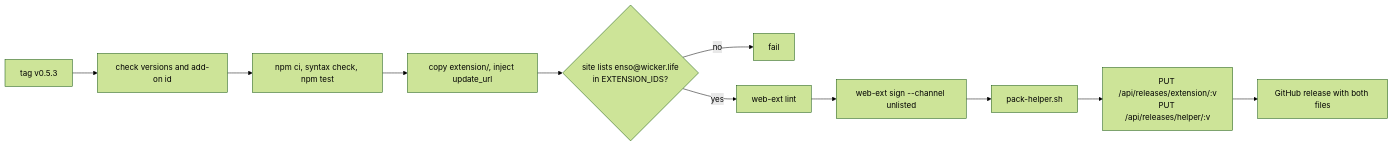
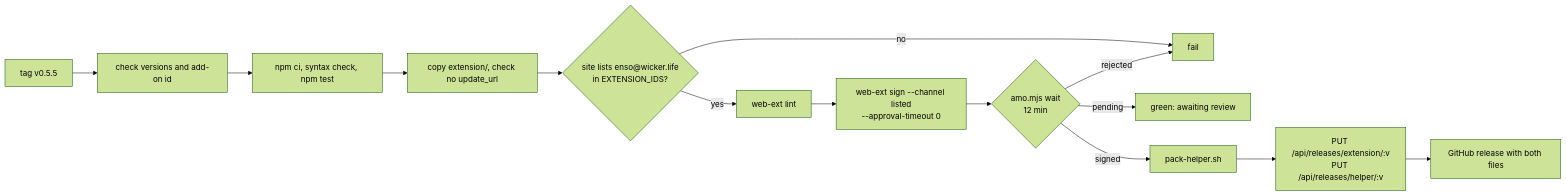
Before and after one commit to davidwickerhf/enso: the diagram in docs/releasing.md, drawn with Mermaid (forest theme). The commit also changed other lines of this file and 46 other files, not shown here.

````diff
--- a/docs/releasing.md
+++ b/docs/releasing.md
@@ -61,13 +67,16 @@
 ```mermaid
 flowchart LR
-  T[tag v0.5.3] --> V[check versions and add-on id]
+  T[tag v0.5.5] --> V[check versions and add-on id]
   V --> H[npm ci, syntax check, npm test]
-  H --> P[copy extension/, inject update_url]
+  H --> P[copy extension/, check no update_url]
   P --> S{site lists enso@wicker.life<br/>in EXTENSION_IDS?}
   S -- no --> F[fail]
   S -- yes --> L[web-ext lint]
-  L --> SG[web-ext sign --channel unlisted]
-  SG --> TB[pack-helper.sh]
+  L --> SG[web-ext sign --channel listed<br/>--approval-timeout 0]
+  SG --> W{amo.mjs wait<br/>12 min}
+  W -- pending --> R[green: awaiting review]
+  W -- rejected --> F
+  W -- signed --> TB[pack-helper.sh]
   TB --> PUB[PUT /api/releases/extension/:v<br/>PUT /api/releases/helper/:v]
   PUB --> GH[GitHub release with both files]
 ```
````
